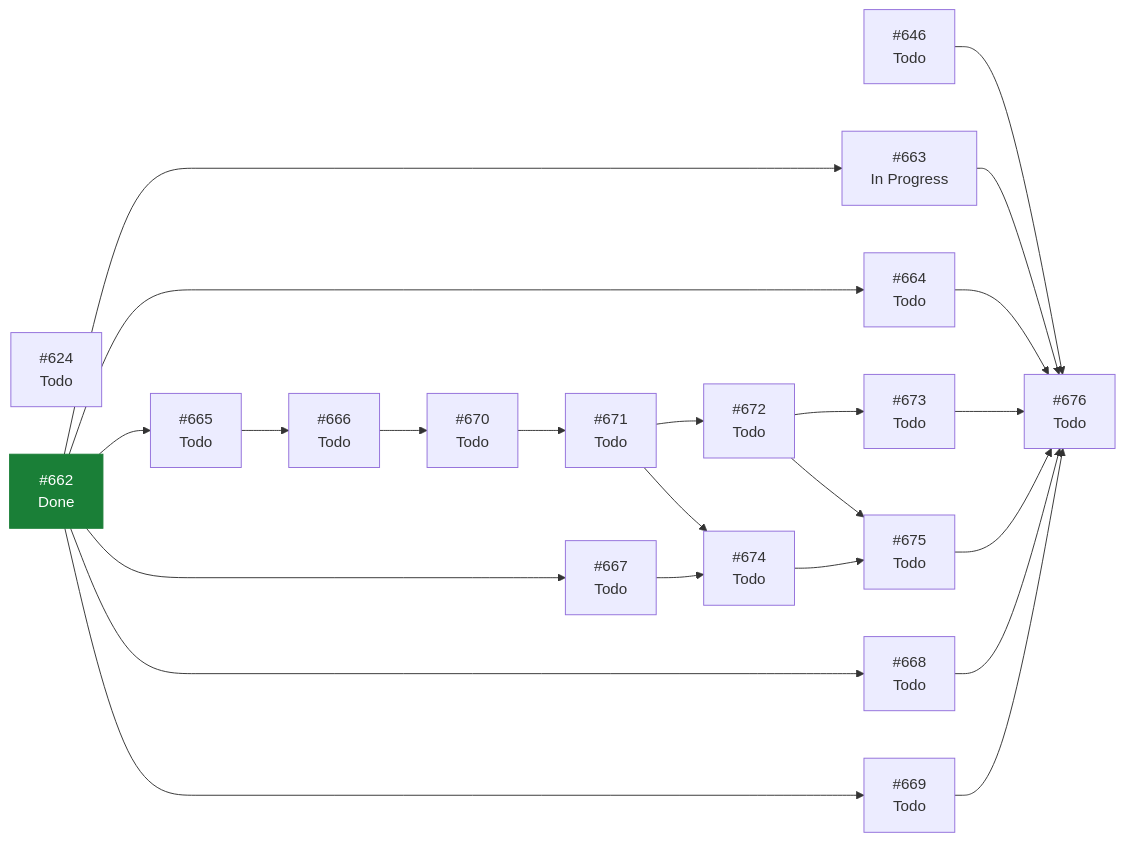
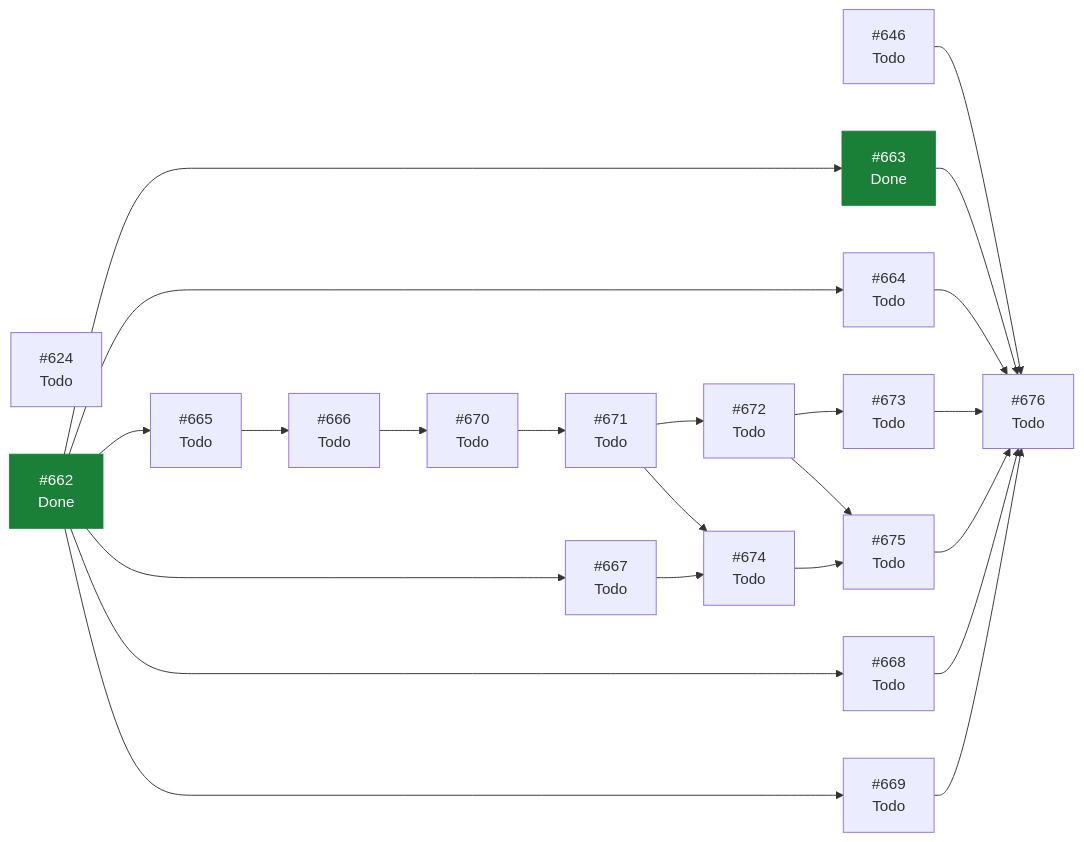
One commit to ecamp0s/evault changed the diagram in docs/planning/STATUS.md. Above: the diagram before and after it, drawn with Mermaid. The commit also changed other lines of this file, not shown here.

````diff
--- a/docs/planning/STATUS.md
+++ b/docs/planning/STATUS.md
@@ -119,44 +118,44 @@
 ```mermaid
 graph LR
   I624["#624<br/>Todo"]
   I646["#646<br/>Todo"]
   I662["#662<br/>Done"]
-  I663["#663<br/>In Progress"]
+  I663["#663<br/>Done"]
   I664["#664<br/>Todo"]
   I665["#665<br/>Todo"]
   I666["#666<br/>Todo"]
   I667["#667<br/>Todo"]
   I668["#668<br/>Todo"]
   I669["#669<br/>Todo"]
   I670["#670<br/>Todo"]
   I671["#671<br/>Todo"]
   I672["#672<br/>Todo"]
   I673["#673<br/>Todo"]
   I674["#674<br/>Todo"]
   I675["#675<br/>Todo"]
   I676["#676<br/>Todo"]
   I646 --> I676
   I662 --> I663
   I662 --> I664
   I662 --> I665
   I662 --> I667
   I662 --> I668
   I662 --> I669
   I663 --> I676
   I664 --> I676
   I665 --> I666
   I666 --> I670
   I667 --> I674
   I668 --> I676
   I669 --> I676
   I670 --> I671
   I671 --> I672
   I671 --> I674
   I672 --> I673
   I672 --> I675
   I673 --> I676
   I674 --> I675
   I675 --> I676
   classDef hecho fill:#1a7f37,stroke:#1a7f37,color:#fff;
-  class I662 hecho;
+  class I662,I663 hecho;
 ```
````
